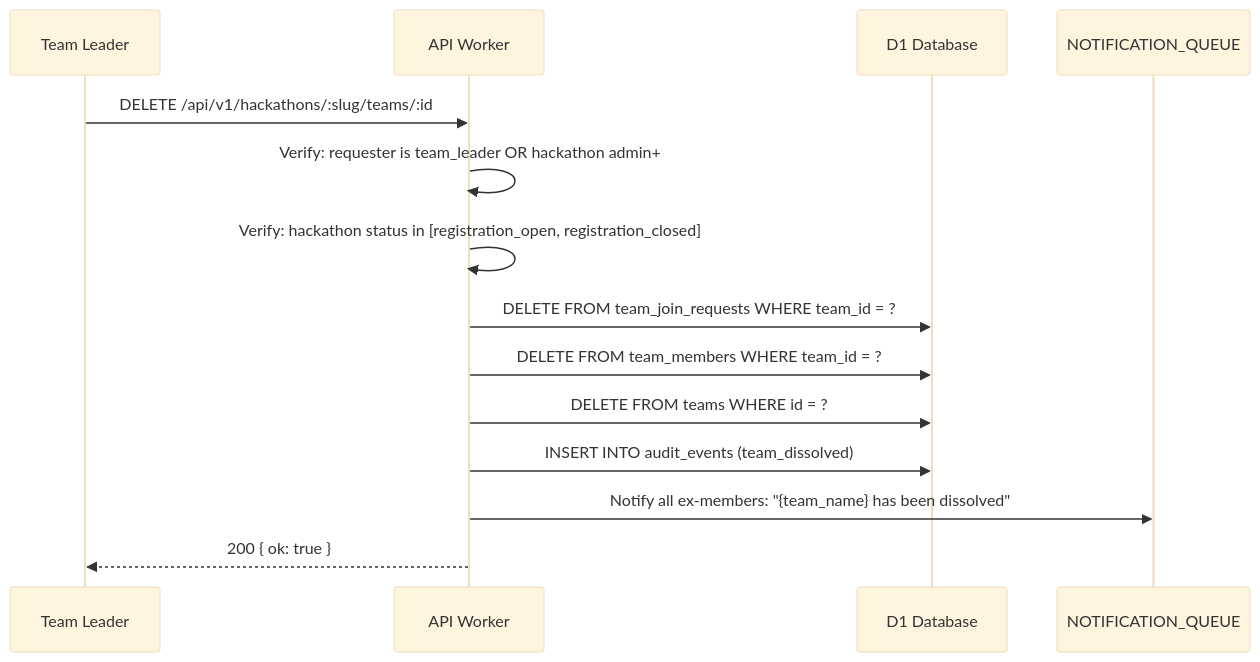
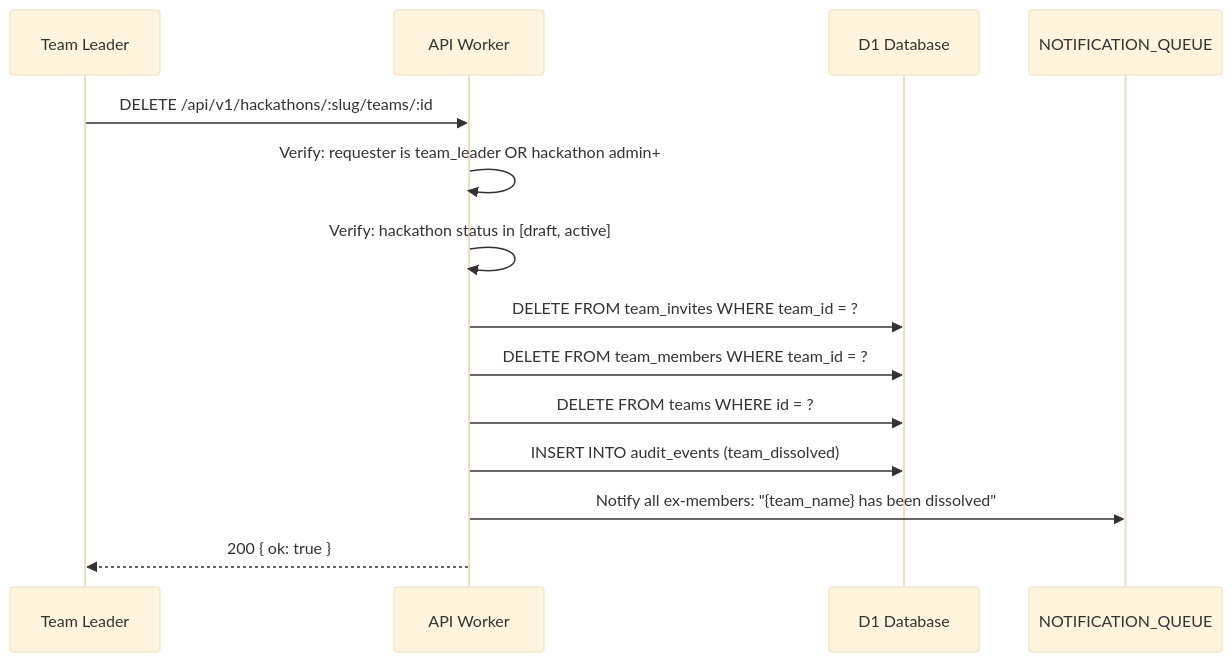
Before and after one commit to devangshupandey2025-stack/DevSage: diagram 11 of 11 in docs/v3/planned/team-management.md, drawn with Mermaid (base theme). The commit also changed other lines of this file, not shown here.

````diff
--- a/docs/v3/planned/team-management.md
+++ b/docs/v3/planned/team-management.md
@@ -513,18 +407,18 @@
 ```mermaid
 sequenceDiagram
     participant L as Team Leader
     participant W as API Worker
     participant D1 as D1 Database
     participant Q as NOTIFICATION_QUEUE
 
     L->>W: DELETE /api/v1/hackathons/:slug/teams/:id
     W->>W: Verify: requester is team_leader OR hackathon admin+
-    W->>W: Verify: hackathon status in [registration_open, registration_closed]
+    W->>W: Verify: hackathon status in [draft, active]
 
-    W->>D1: DELETE FROM team_join_requests WHERE team_id = ?
+    W->>D1: DELETE FROM team_invites WHERE team_id = ?
     W->>D1: DELETE FROM team_members WHERE team_id = ?
     W->>D1: DELETE FROM teams WHERE id = ?
     W->>D1: INSERT INTO audit_events (team_dissolved)
     W->>Q: Notify all ex-members: "{team_name} has been dissolved"
     W-->>L: 200 { ok: true }
 ```
````
